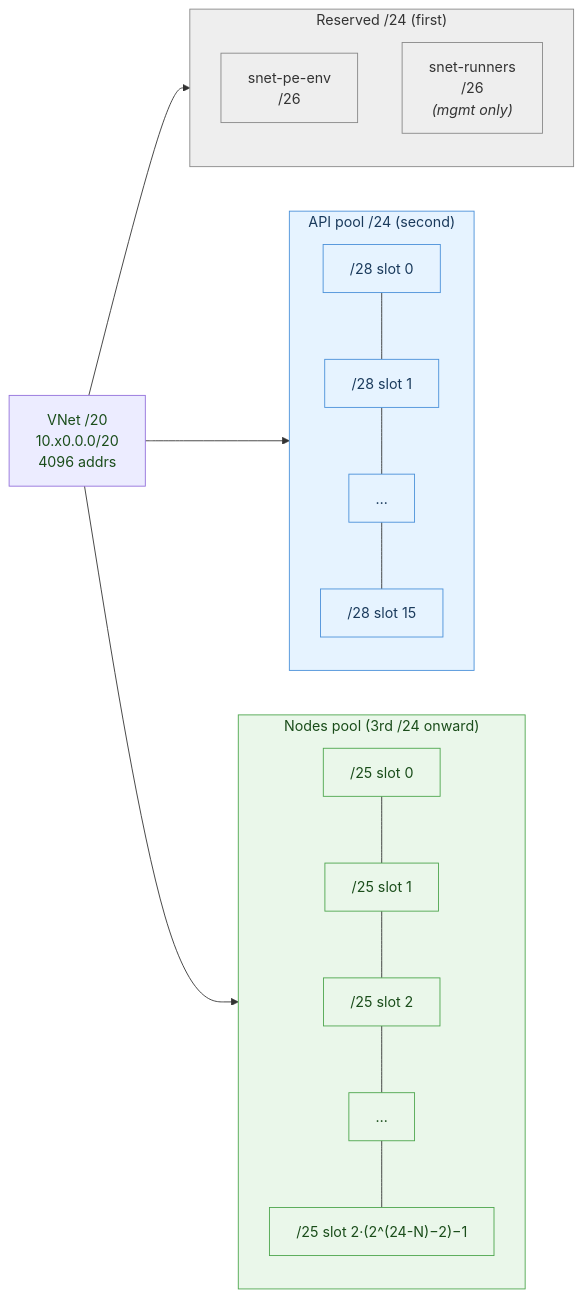
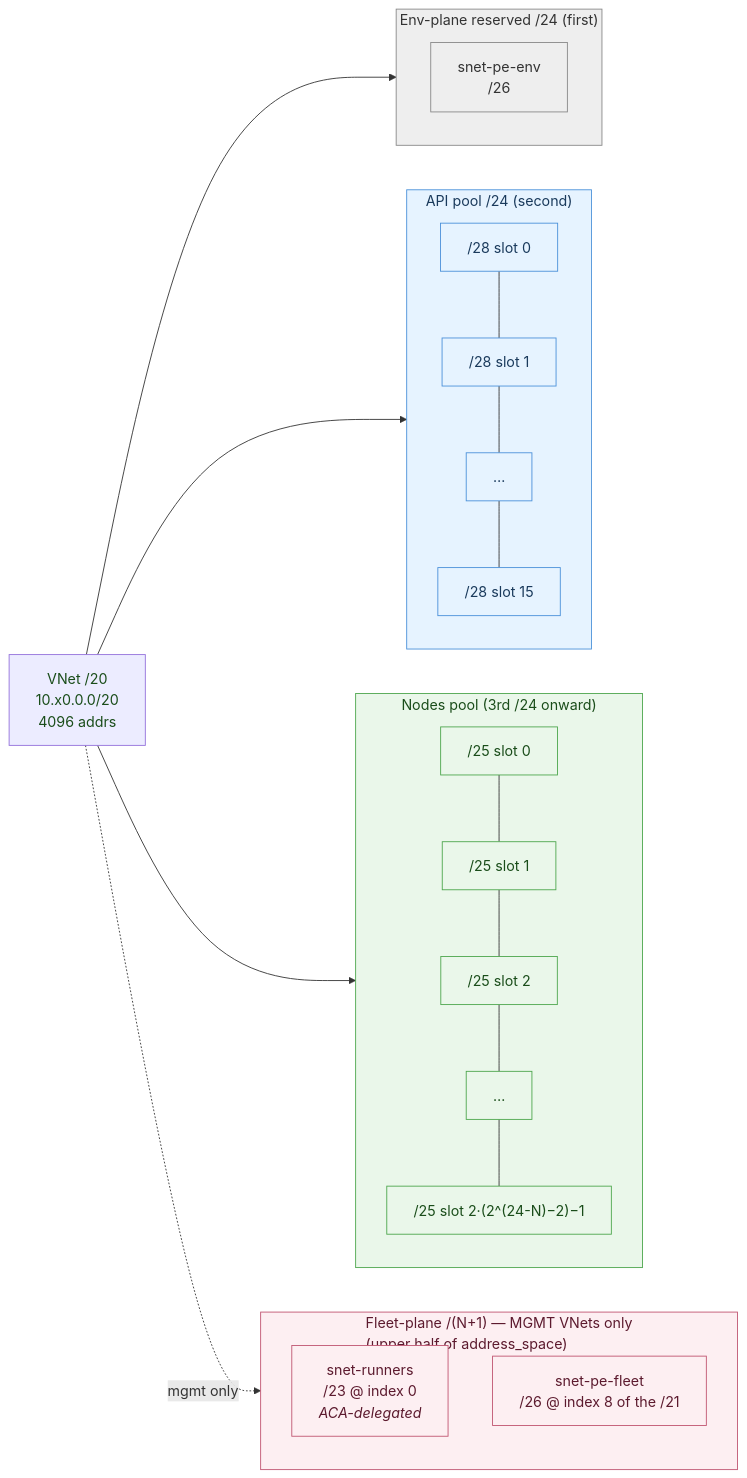
One commit to matt-FFFFFF/fleet changed the second of 5 diagrams in docs/networking.md. Above: the diagram before and after it, drawn with Mermaid. The commit also changed other lines of this file and 4 other files, not shown here.

````diff
--- a/docs/networking.md
+++ b/docs/networking.md
@@ -138,30 +182,37 @@
 ```mermaid
 flowchart LR
     VNET["VNet /20<br/>10.x0.0.0/20<br/>4096 addrs"]
 
-    subgraph RSV["Reserved /24 (first)"]
+    subgraph RSV["Env-plane reserved /24 (first)"]
         PE["snet-pe-env<br/>/26"]
-        RUN["snet-runners<br/>/26<br/><i>(mgmt only)</i>"]
     end
 
     subgraph API["API pool /24 (second)"]
         direction TB
         API0["/28 slot 0"] --- API1["/28 slot 1"] --- APIE["…"] --- API15["/28 slot 15"]
     end
 
     subgraph NODES["Nodes pool (3rd /24 onward)"]
         direction TB
         N0["/25 slot 0"] --- N1["/25 slot 1"] --- N2["/25 slot 2"] --- NE["…"] --- NM["/25 slot 2·(2^(24-N)−2)−1"]
     end
 
+    subgraph FLEET["Fleet-plane /(N+1) — MGMT VNets only<br/>(upper half of address_space)"]
+        RUN["snet-runners<br/>/23 @ index 0<br/><i>ACA-delegated</i>"]
+        PEF["snet-pe-fleet<br/>/26 @ index 8 of the /21"]
+    end
+
     VNET --> RSV
     VNET --> API
     VNET --> NODES
+    VNET -. "mgmt only" .-> FLEET
 
     classDef rsv fill:#eee,stroke:#888,color:#333
     classDef api fill:#e6f3ff,stroke:#4a90d9,color:#1a3a5c
     classDef nodes fill:#eaf7ea,stroke:#4da64d,color:#1a4d1a
-    class RSV,PE,RUN rsv
+    classDef fleet fill:#fdeff2,stroke:#c05571,color:#5c1a2e
+    class RSV,PE rsv
     class API,API0,API1,APIE,API15 api
     class NODES,N0,N1,N2,NE,NM nodes
+    class FLEET,RUN,PEF fleet
 ```
````
